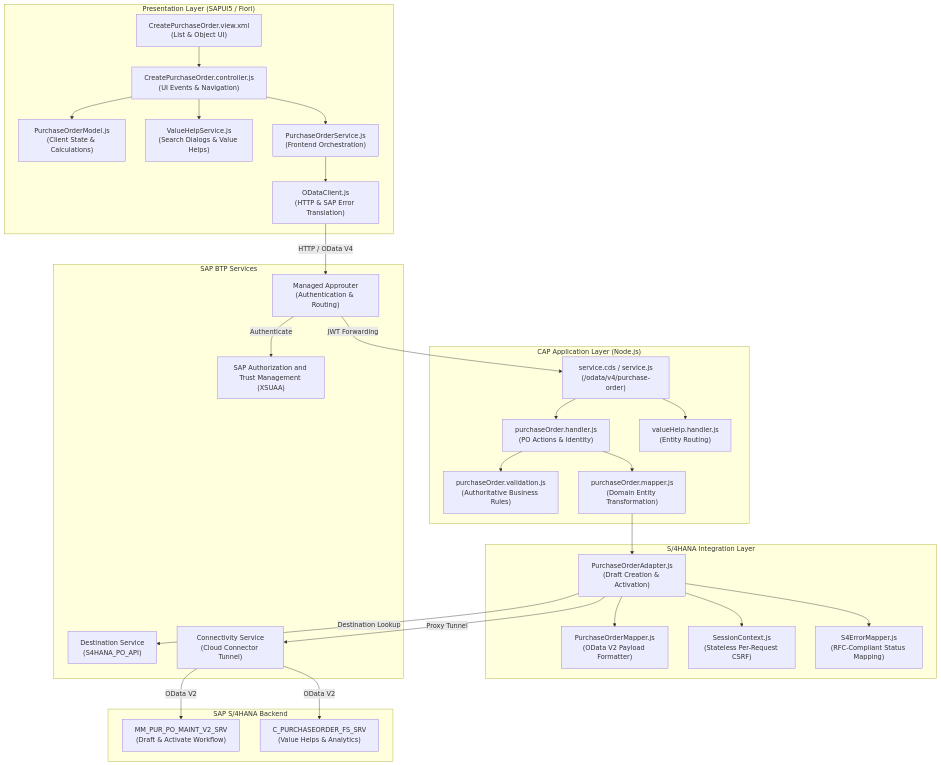
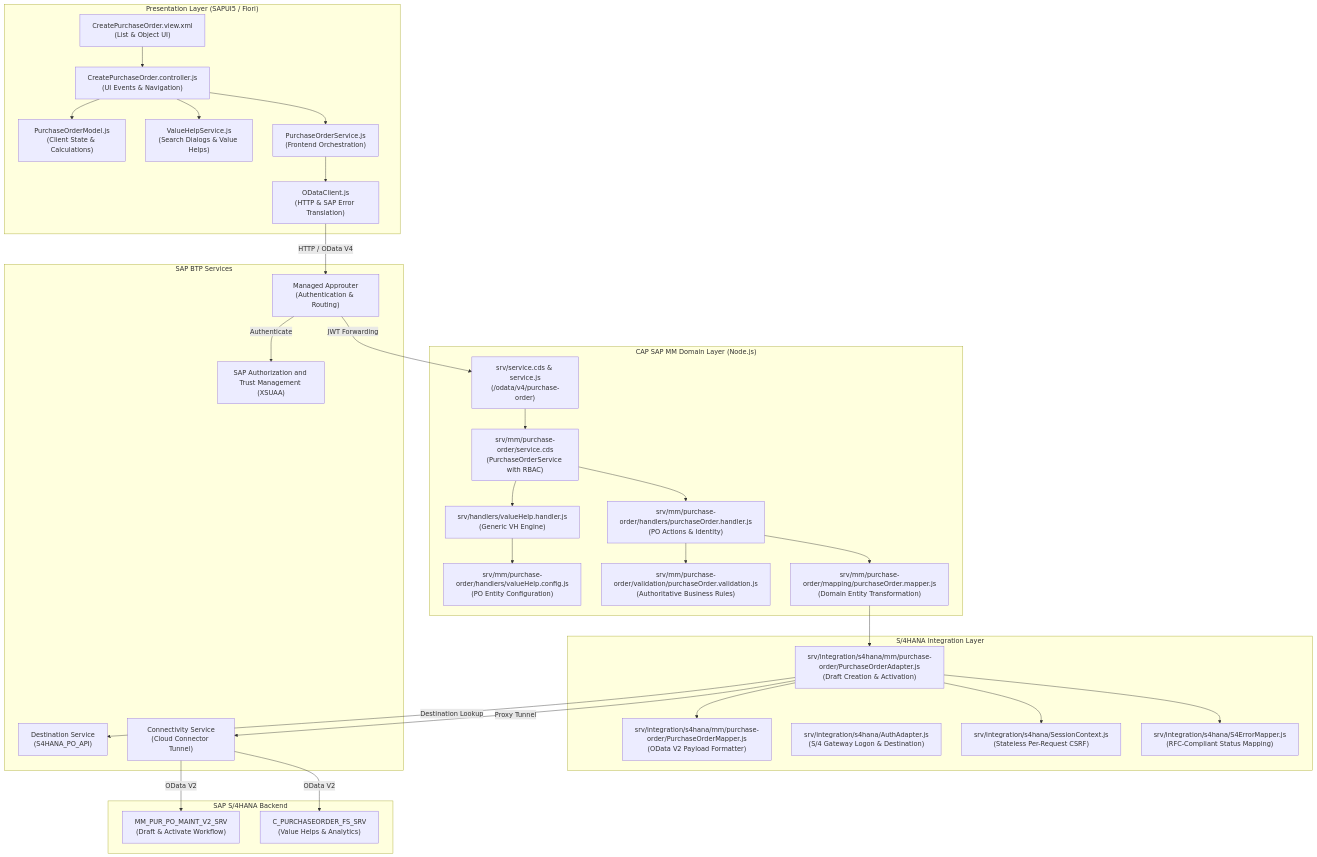
The diagram in README.md (khushalDhanani/SAPS4HANAFULLSTACK0), drawn with Mermaid before and after one commit. The commit also changed other lines of this file and 14 other files, not shown here.

Commit message:
feat: implement XSUAA authentication with CSRF protection and add RBAC integration tests for purchase orders

````diff
--- a/README.md
+++ b/README.md
@@ -20,61 +20,66 @@
 ```mermaid
 flowchart TD
     subgraph Presentation ["Presentation Layer (SAPUI5 / Fiori)"]
         UI["CreatePurchaseOrder.view.xml\n(List & Object UI)"]
         Ctrl["CreatePurchaseOrder.controller.js\n(UI Events & Navigation)"]
         Model["PurchaseOrderModel.js\n(Client State & Calculations)"]
         VH["ValueHelpService.js\n(Search Dialogs & Value Helps)"]
         POSrv["PurchaseOrderService.js\n(Frontend Orchestration)"]
         ODataClient["ODataClient.js\n(HTTP & SAP Error Translation)"]
         UI --> Ctrl
         Ctrl --> Model
         Ctrl --> VH
         Ctrl --> POSrv
         POSrv --> ODataClient
     end
 
-    subgraph CAP ["CAP Application Layer (Node.js)"]
-        ODataSrv["service.cds / service.js\n(/odata/v4/purchase-order)"]
-        POHandler["purchaseOrder.handler.js\n(PO Actions & Identity)"]
-        VHHandler["valueHelp.handler.js\n(Entity Routing)"]
-        POVal["purchaseOrder.validation.js\n(Authoritative Business Rules)"]
-        POMapper["purchaseOrder.mapper.js\n(Domain Entity Transformation)"]
+    subgraph CAP ["CAP SAP MM Domain Layer (Node.js)"]
+        ODataSrv["srv/service.cds & service.js\n(/odata/v4/purchase-order)"]
+        MMService["srv/mm/purchase-order/service.cds\n(PurchaseOrderService with RBAC)"]
+        POHandler["srv/mm/purchase-order/handlers/purchaseOrder.handler.js\n(PO Actions & Identity)"]
+        VHConfig["srv/mm/purchase-order/handlers/valueHelp.config.js\n(PO Entity Configuration)"]
+        VHHandler["srv/handlers/valueHelp.handler.js\n(Generic VH Engine)"]
+        POVal["srv/mm/purchase-order/validation/purchaseOrder.validation.js\n(Authoritative Business Rules)"]
+        POMapper["srv/mm/purchase-order/mapping/purchaseOrder.mapper.js\n(Domain Entity Transformation)"]
 
-        ODataSrv --> POHandler
-        ODataSrv --> VHHandler
+        ODataSrv --> MMService
+        MMService --> POHandler
+        MMService --> VHHandler
+        VHHandler --> VHConfig
         POHandler --> POVal
         POHandler --> POMapper
     end
 
     subgraph Integration ["S/4HANA Integration Layer"]
-        Adapter["PurchaseOrderAdapter.js\n(Draft Creation & Activation)"]
-        S4Mapper["PurchaseOrderMapper.js\n(OData V2 Payload Formatter)"]
-        Session["SessionContext.js\n(Stateless Per-Request CSRF)"]
-        ErrMap["S4ErrorMapper.js\n(RFC-Compliant Status Mapping)"]
+        Adapter["srv/integration/s4hana/mm/purchase-order/PurchaseOrderAdapter.js\n(Draft Creation & Activation)"]
+        S4Mapper["srv/integration/s4hana/mm/purchase-order/PurchaseOrderMapper.js\n(OData V2 Payload Formatter)"]
+        AuthAdp["srv/integration/s4hana/AuthAdapter.js\n(S/4 Gateway Logon & Destination)"]
+        Session["srv/integration/s4hana/SessionContext.js\n(Stateless Per-Request CSRF)"]
+        ErrMap["srv/integration/s4hana/S4ErrorMapper.js\n(RFC-Compliant Status Mapping)"]
 
         POMapper --> Adapter
         Adapter --> S4Mapper
         Adapter --> Session
         Adapter --> ErrMap
     end
 
     subgraph BTP ["SAP BTP Services"]
         Router["Managed Approuter\n(Authentication & Routing)"]
         XSUAA["SAP Authorization and Trust Management (XSUAA)"]
         Dest["Destination Service\n(S4HANA_PO_API)"]
         Conn["Connectivity Service\n(Cloud Connector Tunnel)"]
     end
 
     subgraph S4 ["SAP S/4HANA Backend"]
         MaintSrv["MM_PUR_PO_MAINT_V2_SRV\n(Draft & Activate Workflow)"]
         ReadSrv["C_PURCHASEORDER_FS_SRV\n(Value Helps & Analytics)"]
     end
 
     ODataClient -->|HTTP / OData V4| Router
     Router -->|JWT Forwarding| ODataSrv
     Router -->|Authenticate| XSUAA
     Adapter -->|Destination Lookup| Dest
     Adapter -->|Proxy Tunnel| Conn
     Conn -->|OData V2| MaintSrv
     Conn -->|OData V2| ReadSrv
 ```
````
